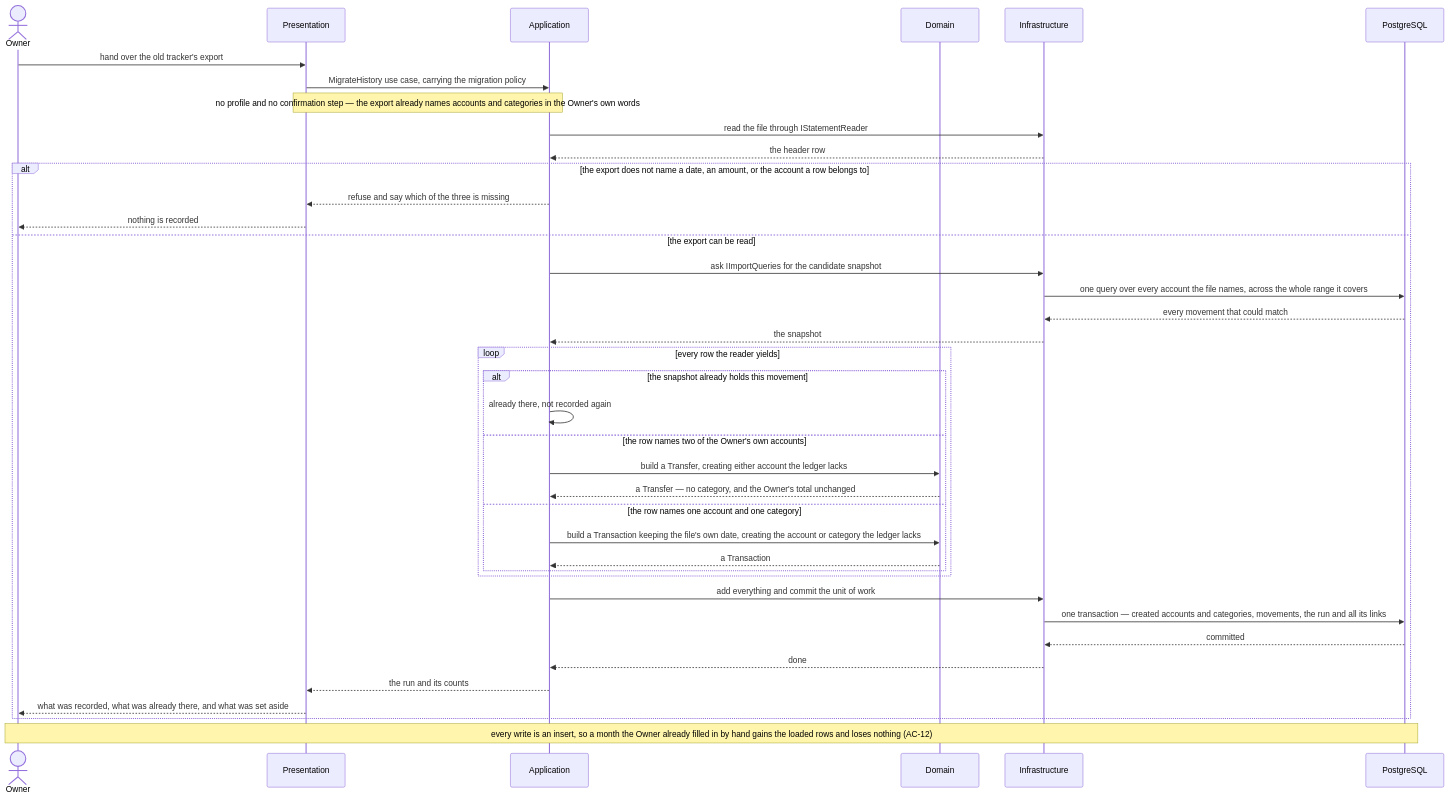
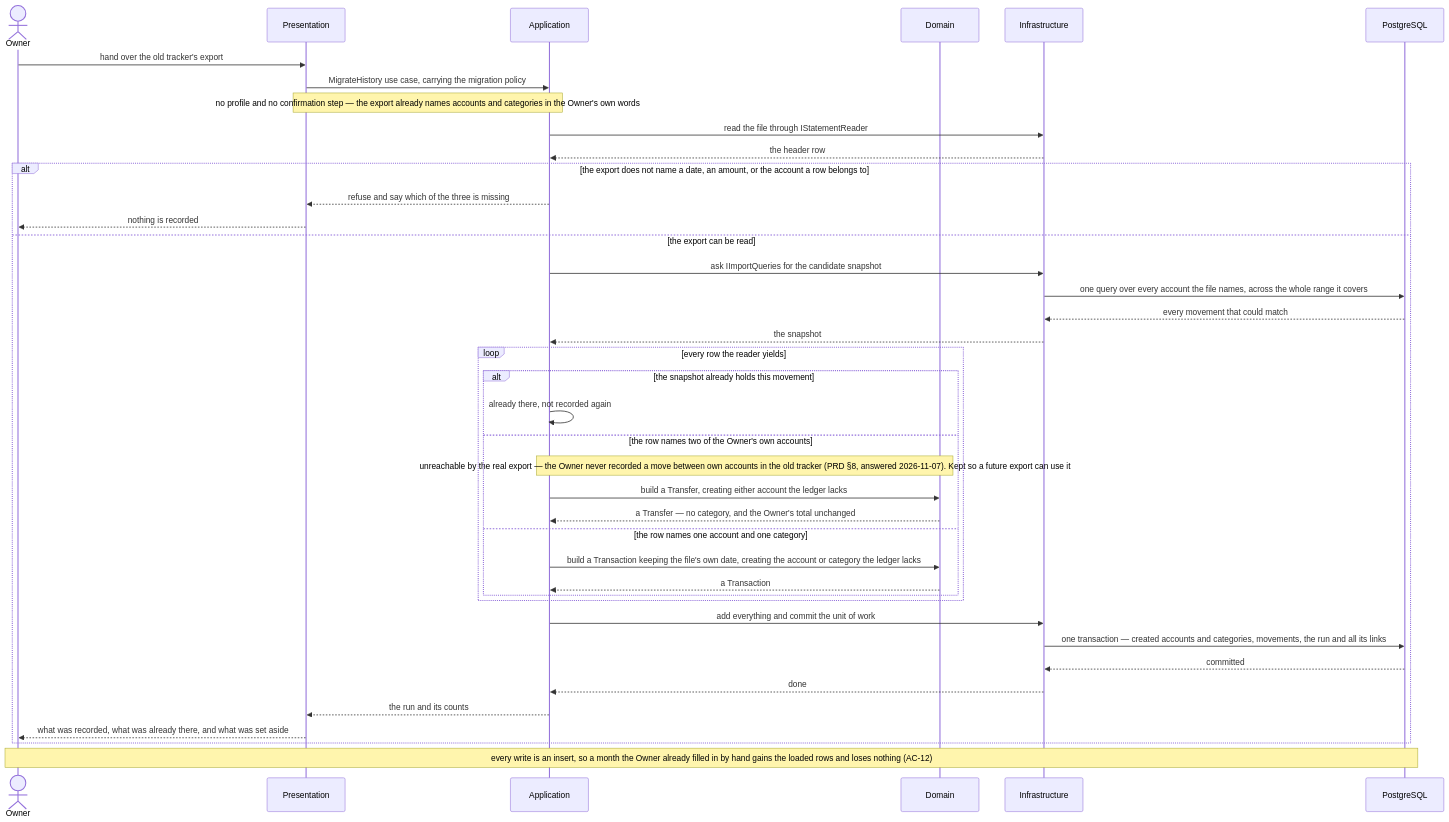
The sixth of 8 diagrams in docs/features/csv-import/sad.md (andrey-o-sim/FinNavis), drawn with Mermaid before and after one commit. The commit also changed other lines of this file and 10 other files, not shown here.

````diff
--- a/docs/features/csv-import/sad.md
+++ b/docs/features/csv-import/sad.md
@@ -612,42 +612,43 @@
 ```mermaid
 sequenceDiagram
     actor Owner
     participant Pres as Presentation
     participant App as Application
     participant Dom as Domain
     participant Inf as Infrastructure
     participant PG as PostgreSQL
 
     Owner->>Pres: hand over the old tracker's export
     Pres->>App: MigrateHistory use case, carrying the migration policy
     Note over Pres,App: no profile and no confirmation step — the export already names accounts and categories in the Owner's own words
     App->>Inf: read the file through IStatementReader
     Inf-->>App: the header row
     alt the export does not name a date, an amount, or the account a row belongs to
         App-->>Pres: refuse and say which of the three is missing
         Pres-->>Owner: nothing is recorded
     else the export can be read
         App->>Inf: ask IImportQueries for the candidate snapshot
         Inf->>PG: one query over every account the file names, across the whole range it covers
         PG-->>Inf: every movement that could match
         Inf-->>App: the snapshot
         loop every row the reader yields
             alt the snapshot already holds this movement
                 App->>App: already there, not recorded again
             else the row names two of the Owner's own accounts
+                Note over App,Dom: unreachable by the real export — the Owner never recorded a move between own accounts in the old tracker (PRD §8, answered 2026-11-07). Kept so a future export can use it
                 App->>Dom: build a Transfer, creating either account the ledger lacks
                 Dom-->>App: a Transfer — no category, and the Owner's total unchanged
             else the row names one account and one category
                 App->>Dom: build a Transaction keeping the file's own date, creating the account or category the ledger lacks
                 Dom-->>App: a Transaction
             end
         end
         App->>Inf: add everything and commit the unit of work
         Inf->>PG: one transaction — created accounts and categories, movements, the run and all its links
         PG-->>Inf: committed
         Inf-->>App: done
         App-->>Pres: the run and its counts
         Pres-->>Owner: what was recorded, what was already there, and what was set aside
     end
     Note over Owner,PG: every write is an insert, so a month the Owner already filled in by hand gains the loaded rows and loses nothing (AC-12)
 ```
````
